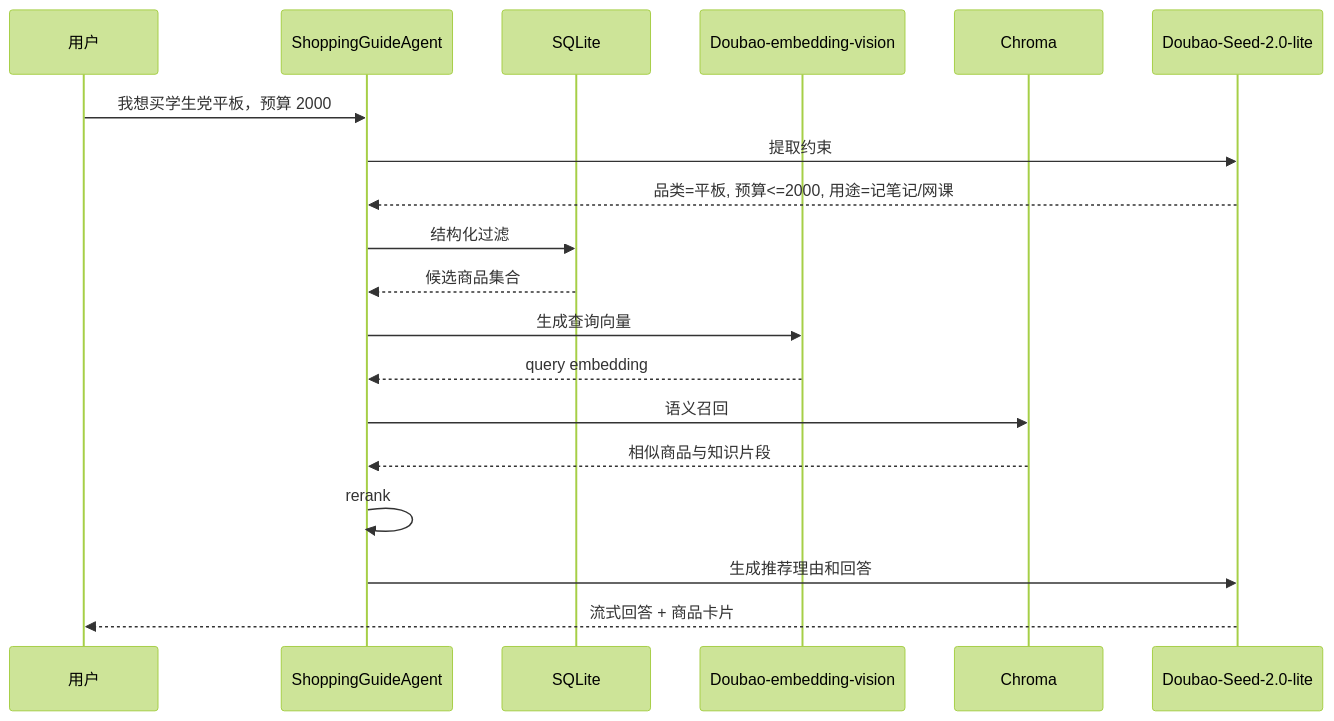
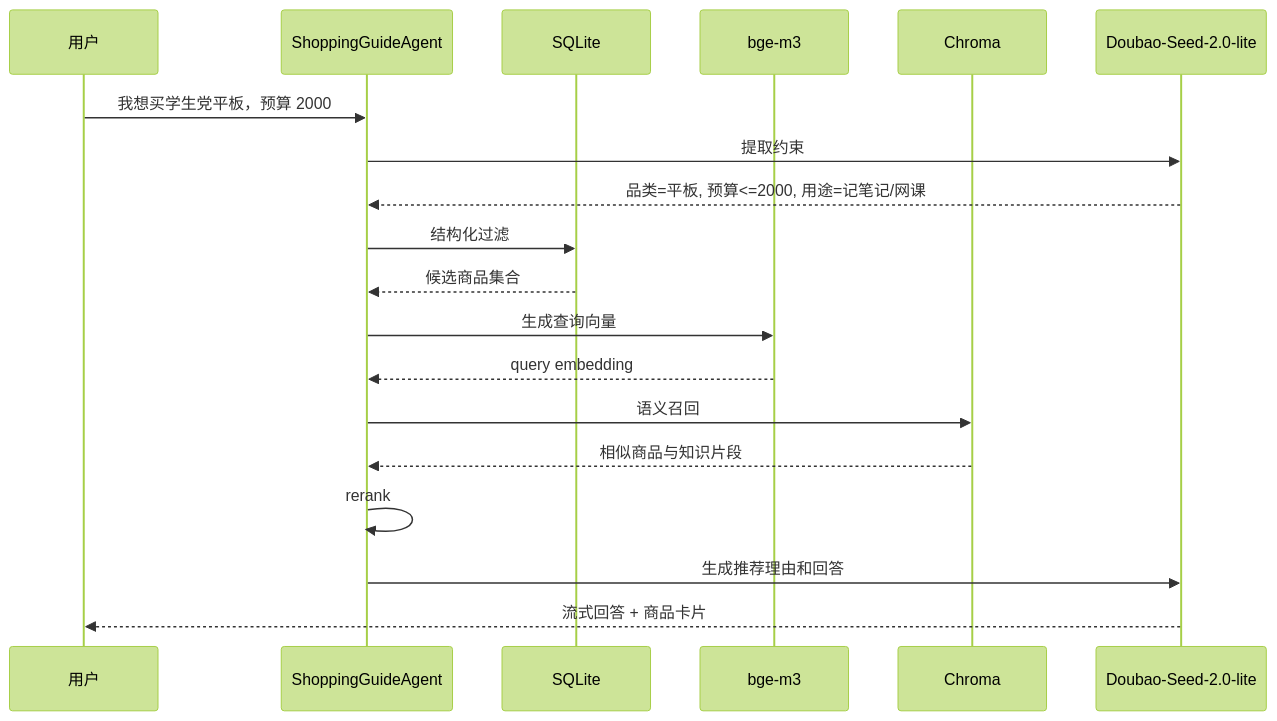
Before and after one commit to zzcy20122013/commerce-rag-agent: the second of 6 diagrams in 基于RAG的多模态电商智能导购Agent方案.md, drawn with Mermaid (forest theme). The commit also changed other lines of this file and 33 other files, not shown here.

````diff
--- a/基于RAG的多模态电商智能导购Agent方案.md
+++ b/基于RAG的多模态电商智能导购Agent方案.md
@@ -358,22 +358,22 @@
 ```mermaid
 sequenceDiagram
     participant User as 用户
     participant Agent as ShoppingGuideAgent
     participant DB as SQLite
-    participant Embed as Doubao-embedding-vision
+    participant Embed as bge-m3
     participant Chroma as Chroma
     participant LLM as Doubao-Seed-2.0-lite
 
     User->>Agent: 我想买学生党平板，预算 2000
     Agent->>LLM: 提取约束
     LLM-->>Agent: 品类=平板, 预算<=2000, 用途=记笔记/网课
     Agent->>DB: 结构化过滤
     DB-->>Agent: 候选商品集合
     Agent->>Embed: 生成查询向量
     Embed-->>Agent: query embedding
     Agent->>Chroma: 语义召回
     Chroma-->>Agent: 相似商品与知识片段
     Agent->>Agent: rerank
     Agent->>LLM: 生成推荐理由和回答
     LLM-->>User: 流式回答 + 商品卡片
 ```
````
